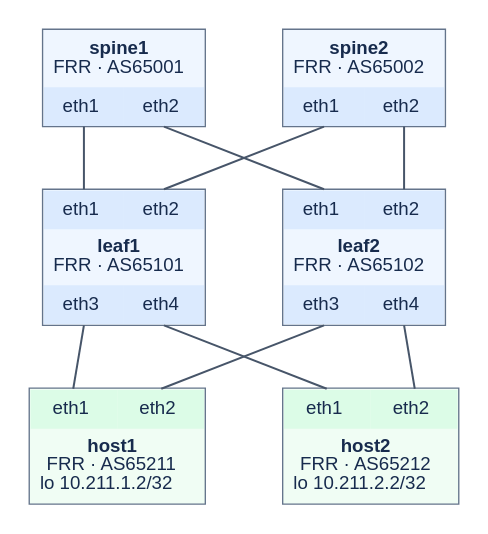
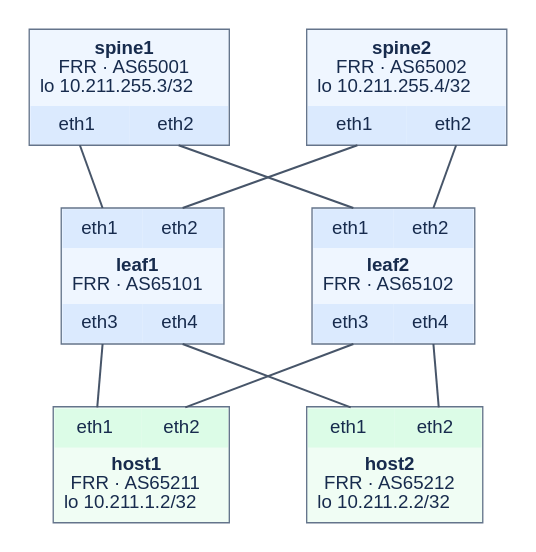
Before and after one commit to sugaf1204/infra-lab: the diagram in full-l3-ip-clos/network.dot, drawn with Graphviz. The commit also changed 10 other files, not shown here.

```diff
--- a/full-l3-ip-clos/network.dot
+++ b/full-l3-ip-clos/network.dot
@@ -1,51 +1,51 @@
 graph clos {
   graph [rankdir=TB, splines=line, bgcolor="#ffffff", pad=0.2, nodesep=0.8, ranksep=0.65];
   node [shape=plain, fontname="Helvetica", fontcolor="#172b4d"];
   edge [color="#475569", penwidth=1.5];
 
   spine1 [label=<
     <TABLE BORDER="1" CELLBORDER="0" CELLSPACING="0" CELLPADDING="7" COLOR="#64748b" BGCOLOR="#eff6ff">
-      <TR><TD COLSPAN="2"><B>spine1</B><BR/>FRR · AS65001</TD></TR>
+      <TR><TD COLSPAN="2"><B>spine1</B><BR/>FRR · AS65001<BR/>lo 10.211.255.3/32</TD></TR>
       <TR><TD PORT="eth1" BGCOLOR="#dbeafe">eth1</TD><TD PORT="eth2" BGCOLOR="#dbeafe">eth2</TD></TR>
     </TABLE>>];
   spine2 [label=<
     <TABLE BORDER="1" CELLBORDER="0" CELLSPACING="0" CELLPADDING="7" COLOR="#64748b" BGCOLOR="#eff6ff">
-      <TR><TD COLSPAN="2"><B>spine2</B><BR/>FRR · AS65002</TD></TR>
+      <TR><TD COLSPAN="2"><B>spine2</B><BR/>FRR · AS65002<BR/>lo 10.211.255.4/32</TD></TR>
       <TR><TD PORT="eth1" BGCOLOR="#dbeafe">eth1</TD><TD PORT="eth2" BGCOLOR="#dbeafe">eth2</TD></TR>
     </TABLE>>];
   leaf1 [label=<
     <TABLE BORDER="1" CELLBORDER="0" CELLSPACING="0" CELLPADDING="7" COLOR="#64748b" BGCOLOR="#eff6ff">
       <TR><TD PORT="eth1" BGCOLOR="#dbeafe">eth1</TD><TD PORT="eth2" BGCOLOR="#dbeafe">eth2</TD></TR>
       <TR><TD COLSPAN="2"><B>leaf1</B><BR/>FRR · AS65101</TD></TR>
       <TR><TD PORT="eth3" BGCOLOR="#dbeafe">eth3</TD><TD PORT="eth4" BGCOLOR="#dbeafe">eth4</TD></TR>
     </TABLE>>];
   leaf2 [label=<
     <TABLE BORDER="1" CELLBORDER="0" CELLSPACING="0" CELLPADDING="7" COLOR="#64748b" BGCOLOR="#eff6ff">
       <TR><TD PORT="eth1" BGCOLOR="#dbeafe">eth1</TD><TD PORT="eth2" BGCOLOR="#dbeafe">eth2</TD></TR>
       <TR><TD COLSPAN="2"><B>leaf2</B><BR/>FRR · AS65102</TD></TR>
       <TR><TD PORT="eth3" BGCOLOR="#dbeafe">eth3</TD><TD PORT="eth4" BGCOLOR="#dbeafe">eth4</TD></TR>
     </TABLE>>];
   host1 [label=<
     <TABLE BORDER="1" CELLBORDER="0" CELLSPACING="0" CELLPADDING="7" COLOR="#64748b" BGCOLOR="#f0fdf4">
       <TR><TD PORT="eth1" BGCOLOR="#dcfce7">eth1</TD><TD PORT="eth2" BGCOLOR="#dcfce7">eth2</TD></TR>
       <TR><TD COLSPAN="2"><B>host1</B><BR/>FRR · AS65211<BR/>lo 10.211.1.2/32</TD></TR>
     </TABLE>>];
   host2 [label=<
     <TABLE BORDER="1" CELLBORDER="0" CELLSPACING="0" CELLPADDING="7" COLOR="#64748b" BGCOLOR="#f0fdf4">
       <TR><TD PORT="eth1" BGCOLOR="#dcfce7">eth1</TD><TD PORT="eth2" BGCOLOR="#dcfce7">eth2</TD></TR>
       <TR><TD COLSPAN="2"><B>host2</B><BR/>FRR · AS65212<BR/>lo 10.211.2.2/32</TD></TR>
     </TABLE>>];
 
   {rank=same; spine1; spine2}
   {rank=same; leaf1; leaf2}
   {rank=same; host1; host2}
 
   spine1:eth1:s -- leaf1:eth1:n;
   spine1:eth2:s -- leaf2:eth1:n;
   spine2:eth1:s -- leaf1:eth2:n;
   spine2:eth2:s -- leaf2:eth2:n;
   leaf1:eth3:s -- host1:eth1:n;
   leaf1:eth4:s -- host2:eth1:n;
   leaf2:eth3:s -- host1:eth2:n;
   leaf2:eth4:s -- host2:eth2:n;
 }
```
